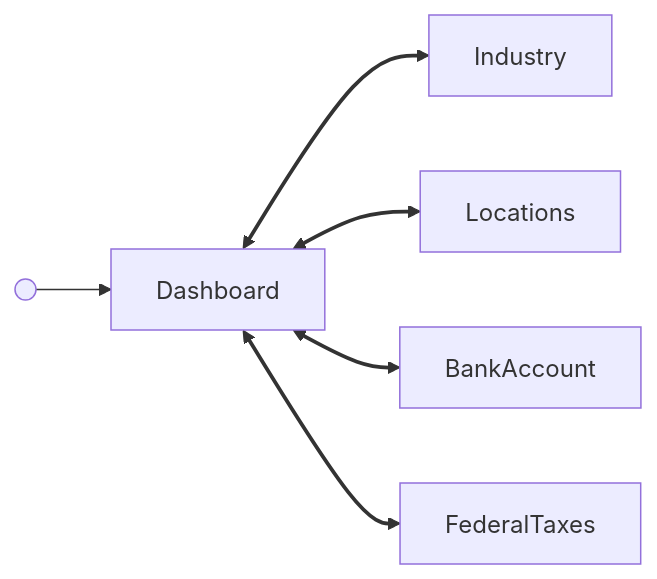
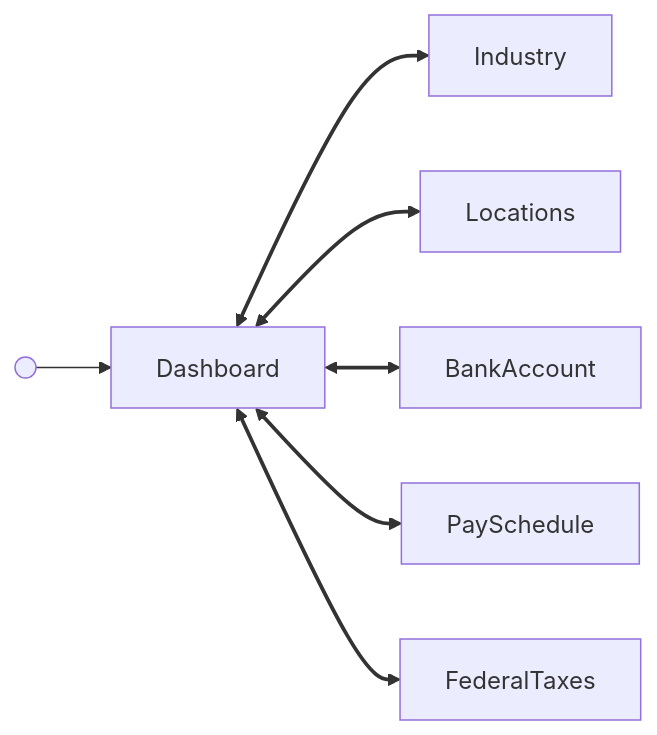
The diagram in src/components/Company/Dashboard/GUIDE.md (Gusto/embedded-react-sdk), drawn with Mermaid before and after one commit. The commit also changed other lines of this file and 21 other files, not shown here.

First line of the commit message:
feat(SDK-1431): add pay schedules card to the CompanyManagement dashboard Pay tab

````diff
--- a/src/components/Company/Dashboard/GUIDE.md
+++ b/src/components/Company/Dashboard/GUIDE.md
@@ -19,9 +21,10 @@
 ```mermaid
 flowchart LR
   start@{ shape: sm-circ } --> Dashboard
   Dashboard <--> Industry
   Dashboard <--> Locations
   Dashboard <--> BankAccount
+  Dashboard <--> PaySchedule
   Dashboard <--> FederalTaxes
-  linkStyle 1,2,3,4 stroke-width:2.5px
+  linkStyle 1,2,3,4,5 stroke-width:2.5px
 ```
````
